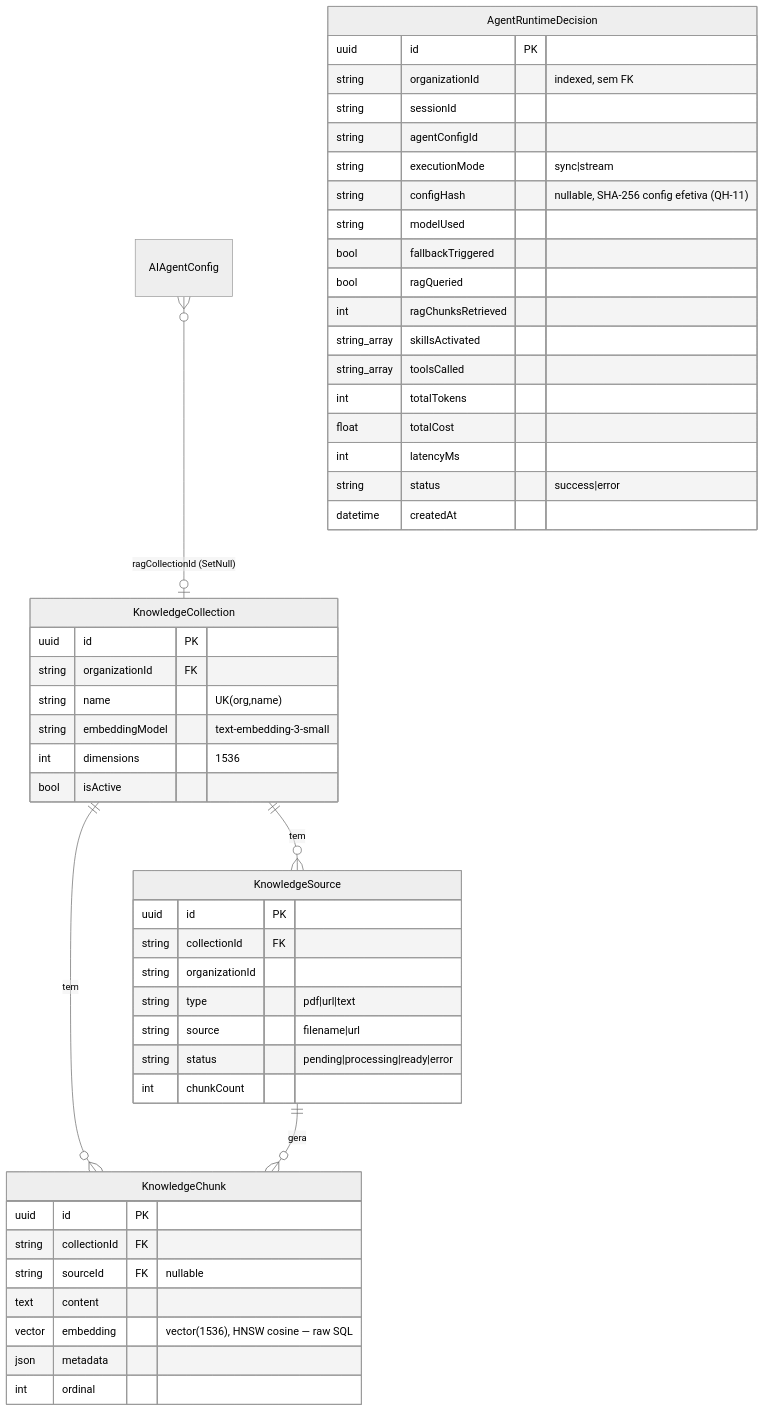
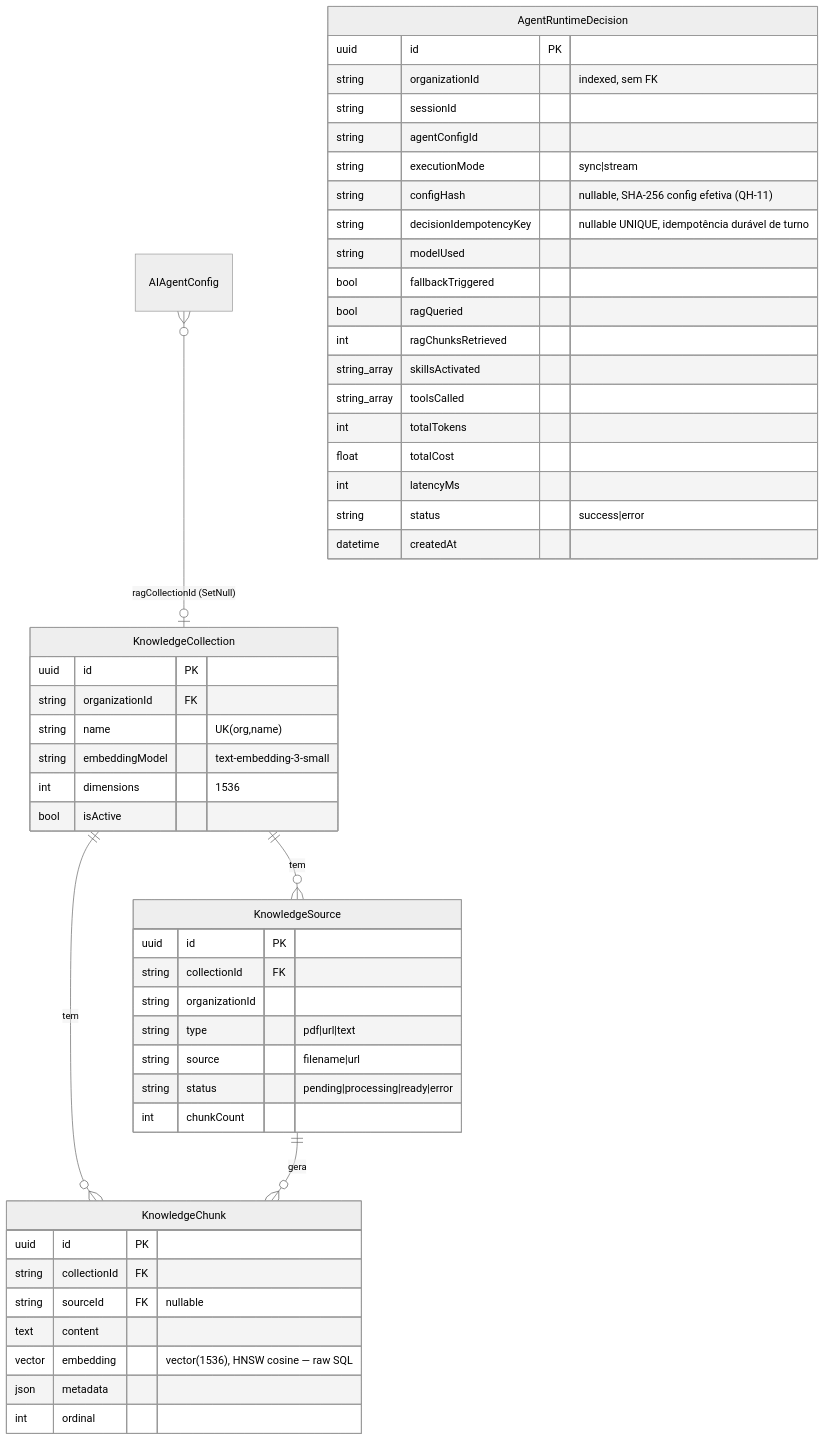
One commit to quayer/app-quayer changed the fourth of 4 diagrams in docs/ERD.md. Above: the diagram before and after it, drawn with Mermaid (neutral theme). The commit also changed other lines of this file and 8 other files, not shown here.

````diff
--- a/docs/ERD.md
+++ b/docs/ERD.md
@@ -389,53 +390,54 @@
 ```mermaid
 erDiagram
     KnowledgeCollection ||--o{ KnowledgeSource : "tem"
     KnowledgeCollection ||--o{ KnowledgeChunk : "tem"
     KnowledgeSource ||--o{ KnowledgeChunk : "gera"
     AIAgentConfig }o--o| KnowledgeCollection : "ragCollectionId (SetNull)"
 
     KnowledgeCollection {
         uuid id PK
         string organizationId FK
         string name "UK(org,name)"
         string embeddingModel "text-embedding-3-small"
         int dimensions "1536"
         bool isActive
     }
     KnowledgeSource {
         uuid id PK
         string collectionId FK
         string organizationId
         string type "pdf|url|text"
         string source "filename|url"
         string status "pending|processing|ready|error"
         int chunkCount
     }
     KnowledgeChunk {
         uuid id PK
         string collectionId FK
         string sourceId FK "nullable"
         text content
         vector embedding "vector(1536), HNSW cosine — raw SQL"
         json metadata
         int ordinal
     }
     AgentRuntimeDecision {
         uuid id PK
         string organizationId "indexed, sem FK"
         string sessionId
         string agentConfigId
         string executionMode "sync|stream"
         string configHash "nullable, SHA-256 config efetiva (QH-11)"
+        string decisionIdempotencyKey "nullable UNIQUE, idempotência durável de turno"
         string modelUsed
         bool fallbackTriggered
         bool ragQueried
         int ragChunksRetrieved
         string_array skillsActivated
         string_array toolsCalled
         int totalTokens
         float totalCost
         int latencyMs
         string status "success|error"
         datetime createdAt
     }
 ```
````
